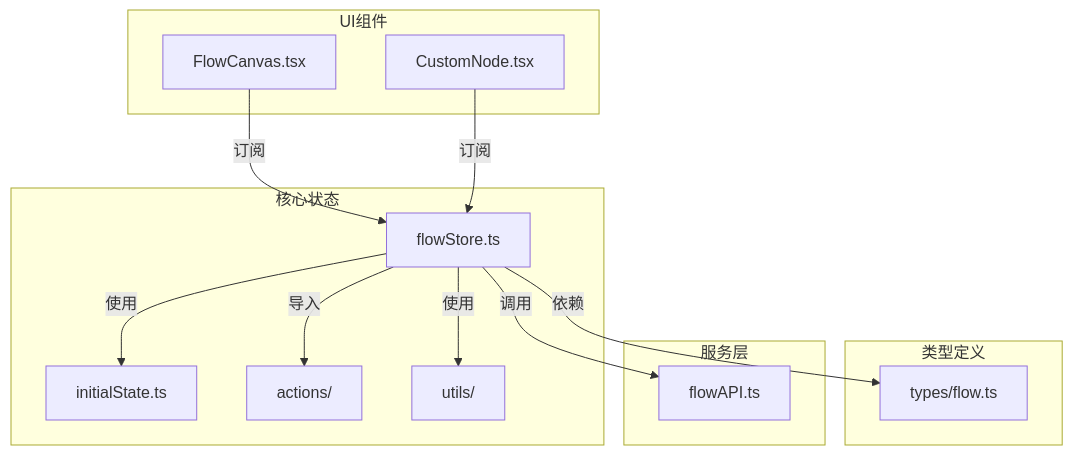
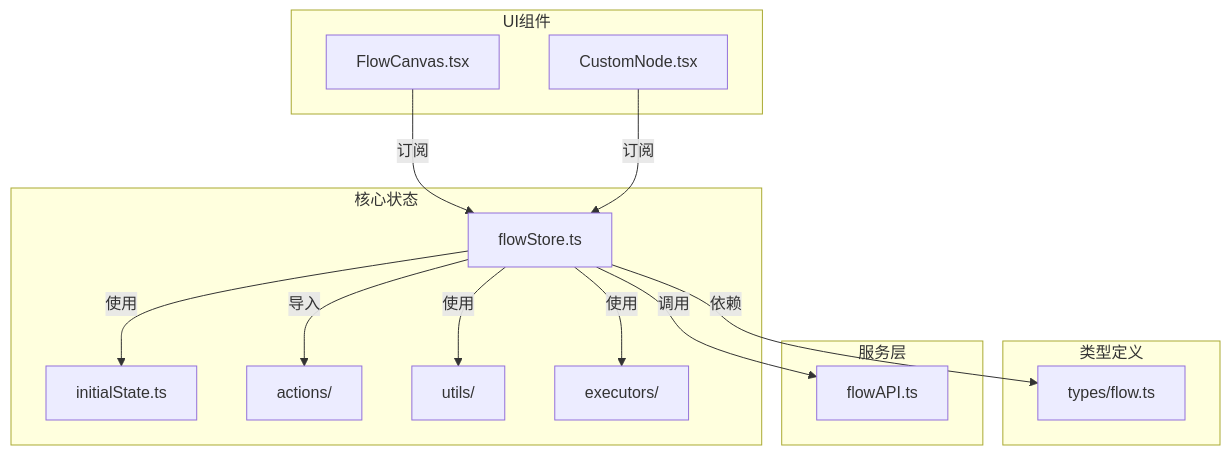
Before and after one commit to JasperLin2333/Flash-Flow: the first of 9 diagrams in .qoder/repowiki/zh/content/状态管理机制/状态管理机制.md, drawn with Mermaid. The commit also changed other lines of this file and 121 other files, not shown here.

````diff
--- a/.qoder/repowiki/zh/content/状态管理机制/状态管理机制.md
+++ b/.qoder/repowiki/zh/content/状态管理机制/状态管理机制.md
@@ -35,26 +46,28 @@
 ```mermaid
 graph TD
 subgraph "核心状态"
 flowStore[flowStore.ts]
 initialState[initialState.ts]
 actions[actions/]
 utils[utils/]
+executors[executors/]
 end
 subgraph "类型定义"
 types[types/flow.ts]
 end
 subgraph "服务层"
 api[flowAPI.ts]
 end
 subgraph "UI组件"
 canvas[FlowCanvas.tsx]
 node[CustomNode.tsx]
 end
 flowStore --> |使用| initialState
 flowStore --> |导入| actions
 flowStore --> |使用| utils
+flowStore --> |使用| executors
 flowStore --> |依赖| types
 flowStore --> |调用| api
 canvas --> |订阅| flowStore
 node --> |订阅| flowStore
 ```
````
